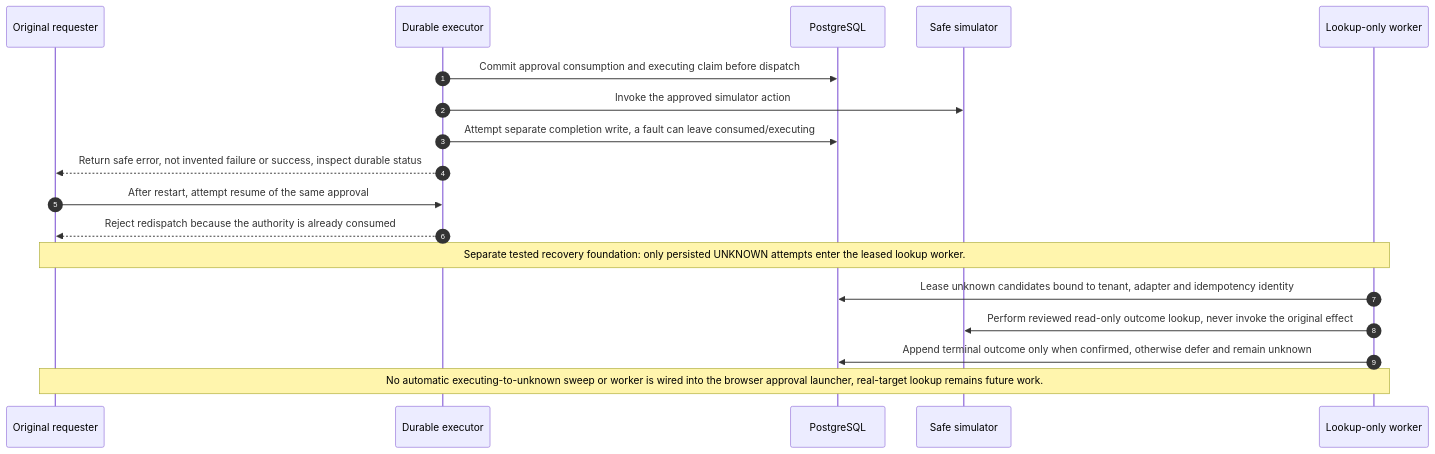
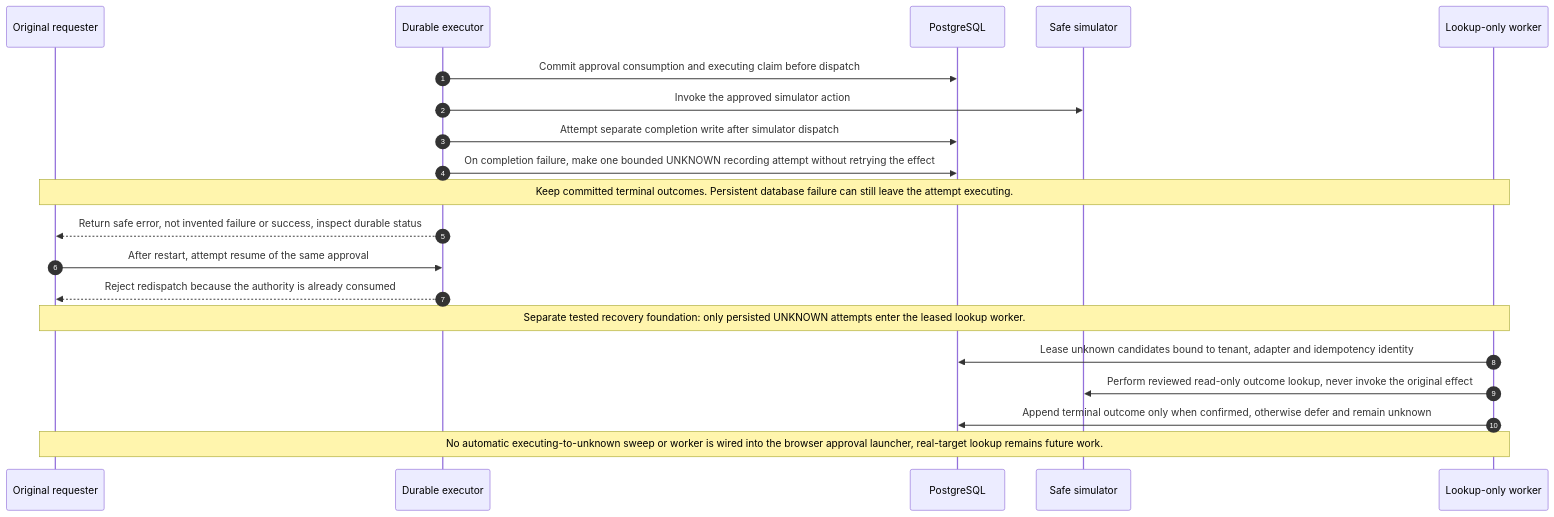
One commit to hemantkgupta/tracepermit changed the tenth of 13 diagrams in docs/flows-guide.md. Above: the diagram before and after it, drawn with Mermaid. The commit also changed other lines of this file and 20 other files, not shown here.

````diff
--- a/docs/flows-guide.md
+++ b/docs/flows-guide.md
@@ -495,20 +499,22 @@
 ```mermaid
 sequenceDiagram
   autonumber
   participant C as Original requester
   participant E as Durable executor
   participant D as PostgreSQL
   participant S as Safe simulator
   participant W as Lookup-only worker
   E->>D: Commit approval consumption and executing claim before dispatch
   E->>S: Invoke the approved simulator action
-  E->>D: Attempt separate completion write, a fault can leave consumed/executing
+  E->>D: Attempt separate completion write after simulator dispatch
+  E->>D: On completion failure, make one bounded UNKNOWN recording attempt without retrying the effect
+  Note over C,W: Keep committed terminal outcomes. Persistent database failure can still leave the attempt executing.
   E-->>C: Return safe error, not invented failure or success, inspect durable status
   C->>E: After restart, attempt resume of the same approval
   E-->>C: Reject redispatch because the authority is already consumed
   Note over C,W: Separate tested recovery foundation: only persisted UNKNOWN attempts enter the leased lookup worker.
   W->>D: Lease unknown candidates bound to tenant, adapter and idempotency identity
   W->>S: Perform reviewed read-only outcome lookup, never invoke the original effect
   W->>D: Append terminal outcome only when confirmed, otherwise defer and remain unknown
   Note over C,W: No automatic executing-to-unknown sweep or worker is wired into the browser approval launcher, real-target lookup remains future work.
 ```
````
